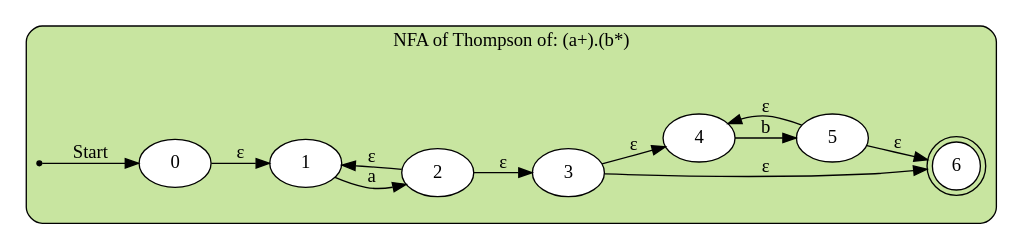
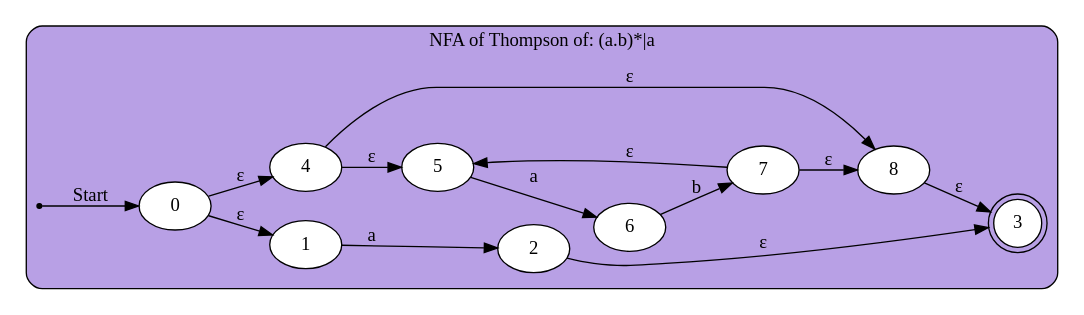
Before and after one commit to Andresrodart/Practicas: the diagram in Compiladores/NFA.dot, drawn with Graphviz. The commit also changed 3 other files, not shown here.

```diff
--- a/Compiladores/NFA.dot
+++ b/Compiladores/NFA.dot
@@ -1,22 +1,24 @@
 digraph finite_state_machine{
     rankdir=LR;
     subgraph cluster{
         style = "rounded,filled";
         color = "#000000";
-        fillcolor = "0.237 0.3 0.9";
+        fillcolor = "0.724 0.3 0.9";
         node [shape = point ] qi;
-        node [style = "rounded,filled", color = "#000000", fillcolor = white, shape = doublecircle] 6;
+        node [style = "rounded,filled", color = "#000000", fillcolor = white, shape = doublecircle] 3;
         node [style = "rounded,filled", color = "#000000", fillcolor = white, shape="oval"];
         qi -> 0 [ label = "Start" ];
 	0 -> 1 [ label = "&epsilon;" ];
+	0 -> 4 [ label = "&epsilon;" ];
 	1 -> 2 [ label = "a" ];
 	2 -> 3 [ label = "&epsilon;" ];
-	2 -> 1 [ label = "&epsilon;" ];
-	3 -> 4 [ label = "&epsilon;" ];
-	3 -> 6 [ label = "&epsilon;" ];
-	4 -> 5 [ label = "b" ];
-	5 -> 6 [ label = "&epsilon;" ];
-	5 -> 4 [ label = "&epsilon;" ];
-	label = "NFA of Thompson of: (a+).(b*)";
+	4 -> 5 [ label = "&epsilon;" ];
+	4 -> 8 [ label = "&epsilon;" ];
+	5 -> 6 [ label = "a" ];
+	6 -> 7 [ label = "b" ];
+	7 -> 8 [ label = "&epsilon;" ];
+	7 -> 5 [ label = "&epsilon;" ];
+	8 -> 3 [ label = "&epsilon;" ];
+	label = "NFA of Thompson of: (a.b)*|a";
     }
 }
```
